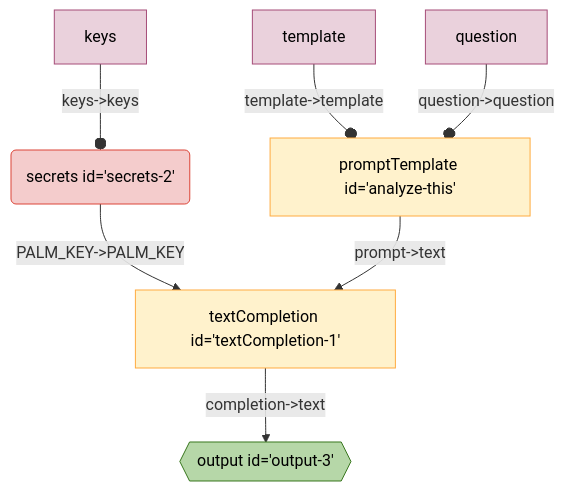
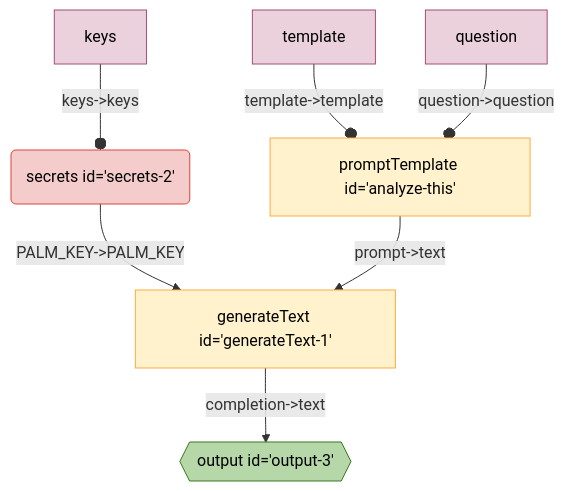
Before and after one commit to breadboard-ai/breadboard: the diagram in seeds/graph-playground/docs/graphs/auto-simple-prompt.md, drawn with Mermaid. The commit also changed 63 other files, not shown here.

First line of the commit message:
[llm-starter] Rename `textCompletion` to `generateText`.

````diff
--- a/seeds/graph-playground/docs/graphs/auto-simple-prompt.md
+++ b/seeds/graph-playground/docs/graphs/auto-simple-prompt.md
@@ -5,18 +5,18 @@
   ```mermaid
   %%{init: 'themeVariables': { 'fontFamily': 'Fira Code, monospace' }}%%
 graph TD;
-secrets2("secrets id='secrets-2'"):::secrets -- "PALM_KEY->PALM_KEY" --> textCompletion1["textCompletion id='textCompletion-1'"]
-textCompletion1["textCompletion id='textCompletion-1'"] -- "completion->text" --> output3{{"output id='output-3'"}}:::output
-analyzethis["promptTemplate id='analyze-this'"] -- "prompt->text" --> textCompletion1["textCompletion id='textCompletion-1'"]
+secrets2("secrets id='secrets-2'"):::secrets -- "PALM_KEY->PALM_KEY" --> generateText1["generateText id='generateText-1'"]
+generateText1["generateText id='generateText-1'"] -- "completion->text" --> output3{{"output id='output-3'"}}:::output
+analyzethis["promptTemplate id='analyze-this'"] -- "prompt->text" --> generateText1["generateText id='generateText-1'"]
 keyssecrets2[keys]:::config -- "keys->keys" --o secrets2
 templateanalyzethis[template]:::config -- "template->template" --o analyzethis
 questionanalyzethis[question]:::config -- "question->question" --o analyzethis
 classDef default stroke:#ffab40,fill:#fff2ccff,color:#000
 classDef input stroke:#3c78d8,fill:#c9daf8ff,color:#000
 classDef output stroke:#38761d,fill:#b6d7a8ff,color:#000
 classDef passthrough stroke:#a64d79,fill:#ead1dcff,color:#000
 classDef slot stroke:#a64d79,fill:#ead1dcff,color:#000
 classDef config stroke:#a64d79,fill:#ead1dcff,color:#000
 classDef secrets stroke:#db4437,fill:#f4cccc,color:#000
 classDef slotted stroke:#a64d79
   ```
````
